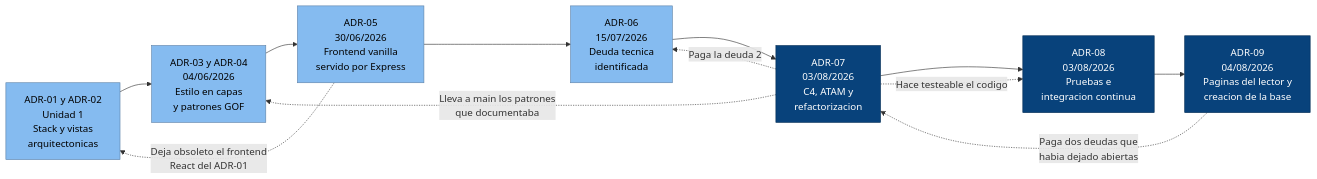
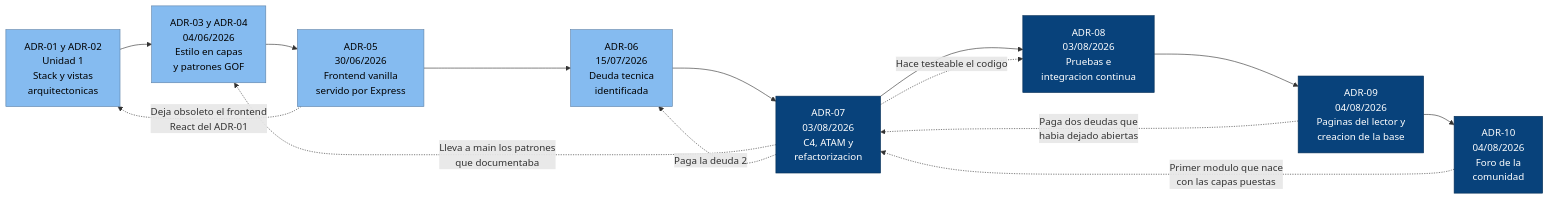
The diagram in docs/ADR-registro.md (Robertotec2/MangaView), drawn with Mermaid before and after one commit. The commit also changed other lines of this file and 4 other files, not shown here.

First line of the commit message:
docs: registrar el ADR-10 del foro y actualizar los diagramas al estado real

````diff
--- a/docs/ADR-registro.md
+++ b/docs/ADR-registro.md
@@ -50,23 +51,25 @@
 ```mermaid
 flowchart LR
     u1["ADR-01 y ADR-02<br/>Unidad 1<br/>Stack y vistas<br/>arquitectonicas"]
     u2["ADR-03 y ADR-04<br/>04/06/2026<br/>Estilo en capas<br/>y patrones GOF"]
     u3["ADR-05<br/>30/06/2026<br/>Frontend vanilla<br/>servido por Express"]
     u4["ADR-06<br/>15/07/2026<br/>Deuda tecnica<br/>identificada"]
     u5["ADR-07<br/>03/08/2026<br/>C4, ATAM y<br/>refactorizacion"]
     u6["ADR-08<br/>03/08/2026<br/>Pruebas e<br/>integracion continua"]
     u7["ADR-09<br/>04/08/2026<br/>Paginas del lector y<br/>creacion de la base"]
+    u8["ADR-10<br/>04/08/2026<br/>Foro de la<br/>comunidad"]
 
-    u1 --> u2 --> u3 --> u4 --> u5 --> u6 --> u7
+    u1 --> u2 --> u3 --> u4 --> u5 --> u6 --> u7 --> u8
 
     u3 -.->|"Deja obsoleto el frontend<br/>React del ADR-01"| u1
     u5 -.->|"Lleva a main los patrones<br/>que documentaba"| u2
     u5 -.->|"Paga la deuda 2"| u4
     u5 -.->|"Hace testeable el codigo"| u6
     u7 -.->|"Paga dos deudas que<br/>habia dejado abiertas"| u5
+    u8 -.->|"Primer modulo que nace<br/>con las capas puestas"| u5
 
     classDef pasado fill:#85bbf0,stroke:#5d82a8,color:#000000
     classDef actual fill:#08427b,stroke:#052e56,color:#ffffff
     class u1,u2,u3,u4 pasado
-    class u5,u6,u7 actual
+    class u5,u6,u7,u8 actual
 ```
````
